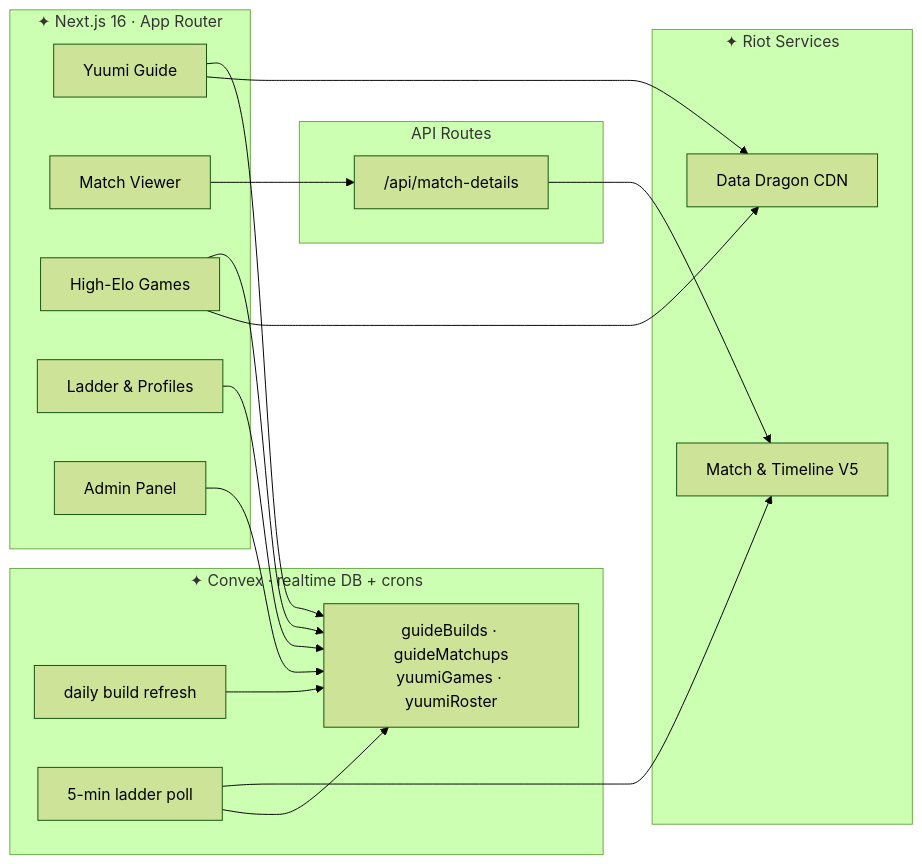
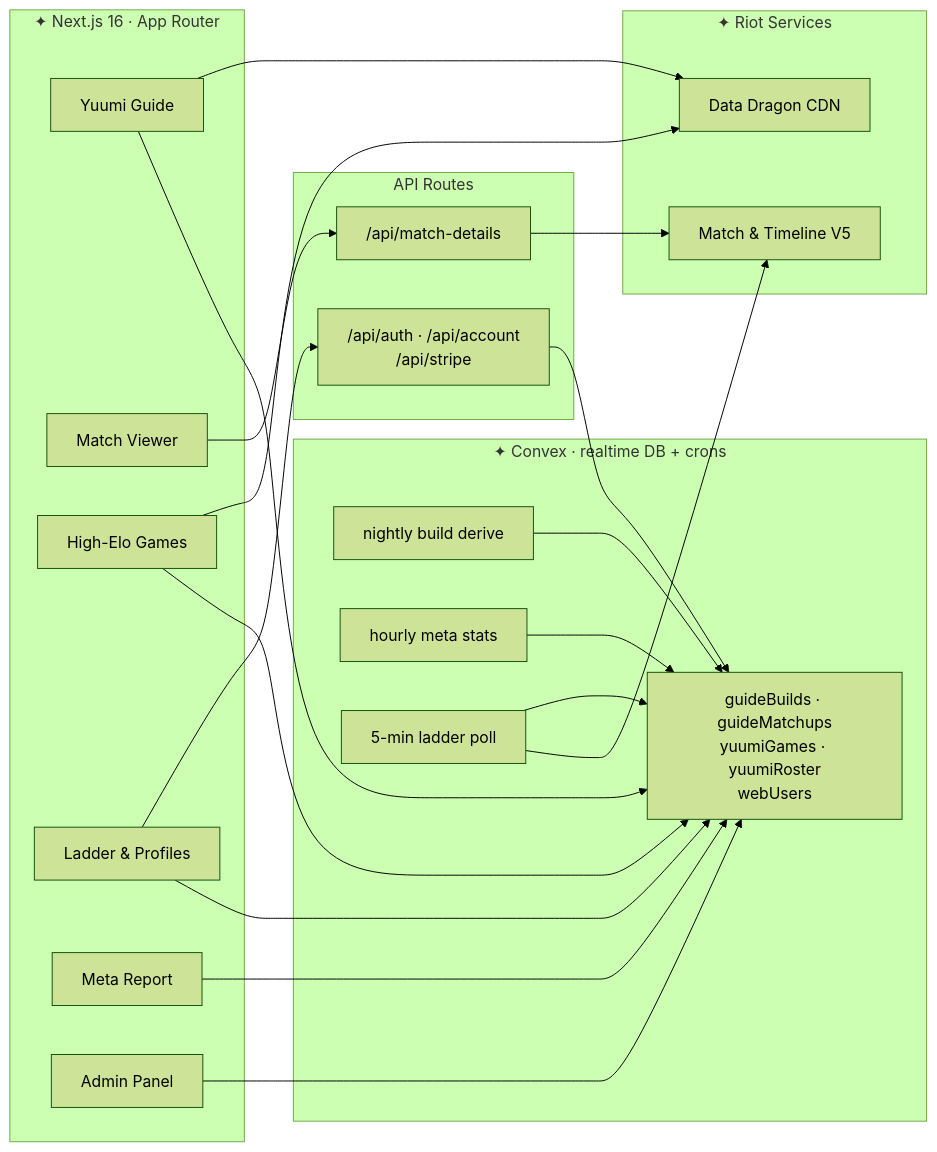
Before and after one commit to MercyMeow/YuumiChallenges: the diagram in README.md, drawn with Mermaid (forest theme). The commit also changed other lines of this file and 1 other file, not shown here.

First line of the commit message:
docs: Sync README and CLAUDE.md with accounts, Meta Report boards, and auto-build

````diff
--- a/README.md
+++ b/README.md
@@ -121,33 +145,39 @@
 ```mermaid
 flowchart LR
   subgraph Client["✦ Next.js 16 · App Router"]
     Guide["Yuumi Guide"]
     Viewer["Match Viewer"]
     Feed["High-Elo Games"]
     Ladder["Ladder & Profiles"]
+    Stats["Meta Report"]
     Admin["Admin Panel"]
   end
   subgraph Edge["API Routes"]
     MatchAPI["/api/match-details"]
+    AccountAPI["/api/auth · /api/account<br/>/api/stripe"]
   end
   subgraph Backend["✦ Convex · realtime DB + crons"]
-    DB["guideBuilds · guideMatchups<br/>yuumiGames · yuumiRoster"]
-    BuildCron["daily build refresh"]
+    DB["guideBuilds · guideMatchups<br/>yuumiGames · yuumiRoster<br/>webUsers"]
+    BuildCron["nightly build derive"]
+    MetaCron["hourly meta stats"]
     Poll["5-min ladder poll"]
   end
   subgraph Riot["✦ Riot Services"]
     RiotAPI["Match &amp; Timeline V5"]
     DDragon["Data Dragon CDN"]
   end
 
   Viewer --> MatchAPI --> RiotAPI
   Guide --> DB
   Ladder --> DB
   Feed --> DB
+  Stats --> DB
   Admin --> DB
+  Ladder --> AccountAPI --> DB
   Guide --> DDragon
   Feed --> DDragon
   Poll --> RiotAPI
   Poll --> DB
+  MetaCron --> DB
   BuildCron --> DB
 ```
````
